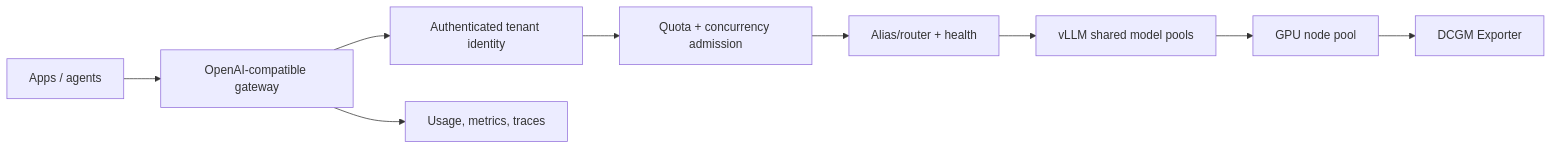
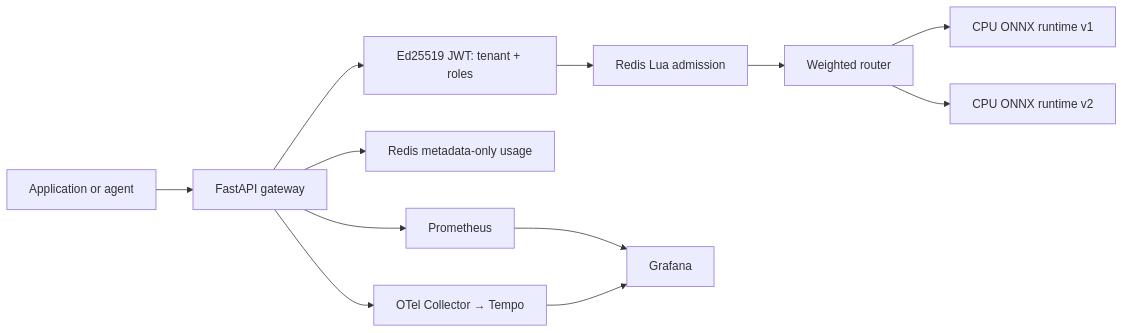
Before and after one commit to Bepoadewale/multi-tenant-ai-inference-platform: the diagram in README.md, drawn with Mermaid. The commit also changed other lines of this file and 2 other files, not shown here.

````diff
--- a/README.md
+++ b/README.md
@@ -5,11 +16,14 @@
 ```mermaid
 flowchart LR
-  C[Apps / agents] --> G[OpenAI-compatible gateway]
-  G --> I[Authenticated tenant identity]
-  I --> L[Quota + concurrency admission]
-  L --> R[Alias/router + health]
-  R --> V[vLLM shared model pools]
-  V --> GPU[GPU node pool]
-  G --> M[Usage, metrics, traces]
-  GPU --> D[DCGM Exporter]
+  A[Application or agent] --> G[FastAPI gateway]
+  G --> J[Ed25519 JWT: tenant + roles]
+  J --> R[Redis Lua admission]
+  R --> W[Weighted router]
+  W --> O1[CPU ONNX runtime v1]
+  W --> O2[CPU ONNX runtime v2]
+  G --> U[Redis metadata-only usage]
+  G --> P[Prometheus]
+  G --> T[OTel Collector → Tempo]
+  P --> D[Grafana]
+  T --> D
 ```
````
